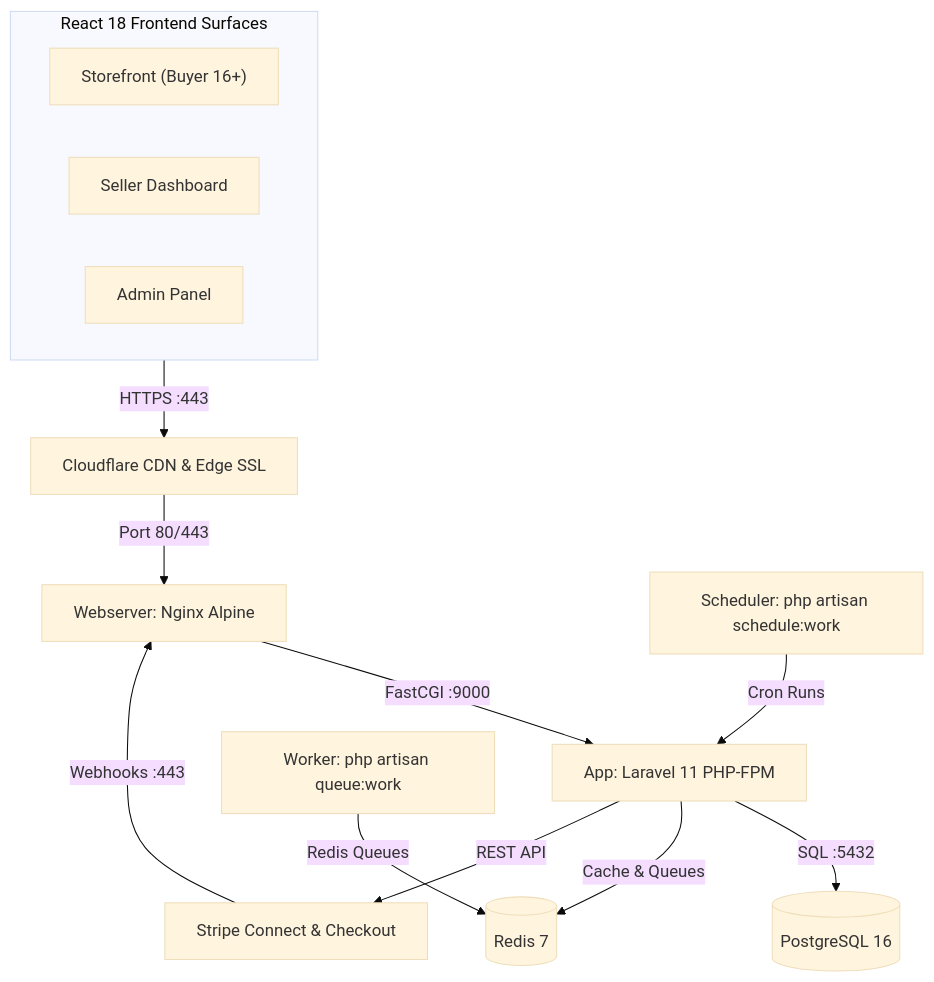
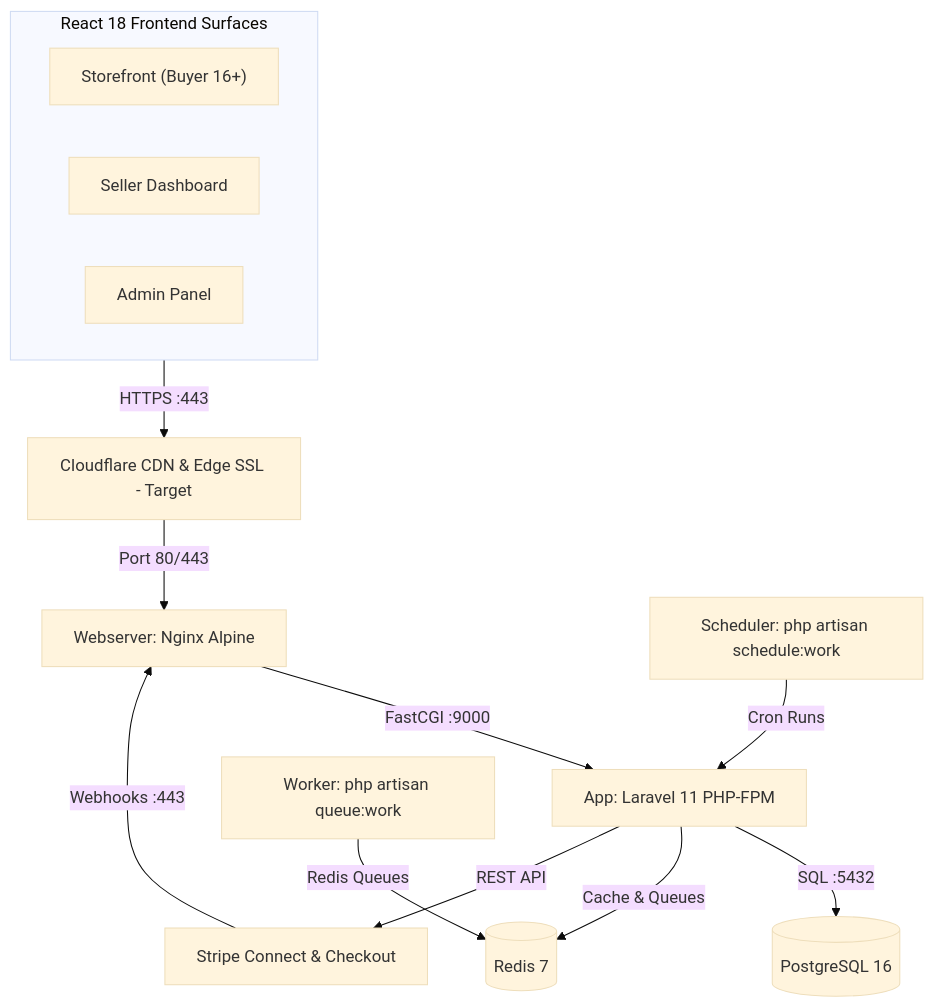
One commit to arvnddl18/ecommerce-backend changed the diagram in Vault/ECOMMERCE VAULT/02 - Architecture/System_Architecture.md. Above: the diagram before and after it, drawn with Mermaid (base theme). The commit also changed other lines of this file and 73 other files, not shown here.

````diff
--- a/Vault/ECOMMERCE VAULT/02 - Architecture/System_Architecture.md
+++ b/Vault/ECOMMERCE VAULT/02 - Architecture/System_Architecture.md
@@ -9,18 +9,18 @@
 ```mermaid
 graph TD
     subgraph Clients["React 18 Frontend Surfaces"]
         BuyerUI["Storefront (Buyer 16+)"]
         SellerUI["Seller Dashboard"]
         AdminUI["Admin Panel"]
     end
 
-    Clients -->|HTTPS :443| Cloudflare[Cloudflare CDN & Edge SSL]
+    Clients -->|HTTPS :443| Cloudflare[Cloudflare CDN & Edge SSL - Target]
     Cloudflare -->|Port 80/443| Nginx[Webserver: Nginx Alpine]
     Nginx -->|FastCGI :9000| App[App: Laravel 11 PHP-FPM]
     Worker[Worker: php artisan queue:work] -->|Redis Queues| Redis[(Redis 7)]
     Scheduler[Scheduler: php artisan schedule:work] -->|Cron Runs| App
     App -->|SQL :5432| DB[(PostgreSQL 16)]
     App -->|Cache & Queues| Redis
     App -->|REST API| Stripe[Stripe Connect & Checkout]
     Stripe -->|Webhooks :443| Nginx
 ```
````
